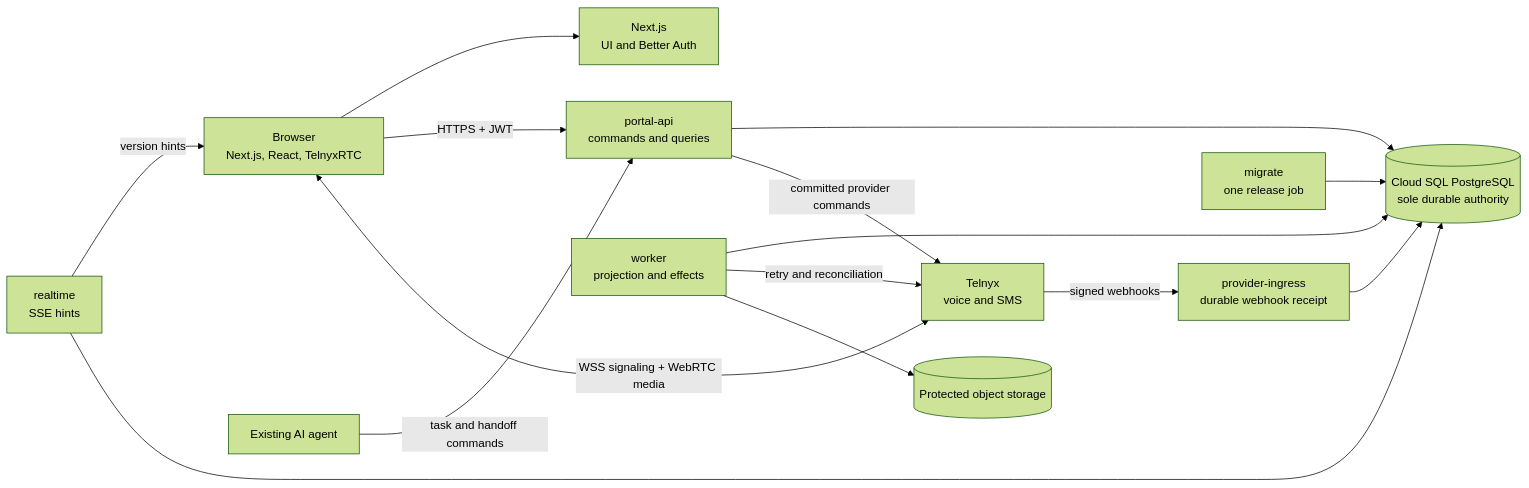
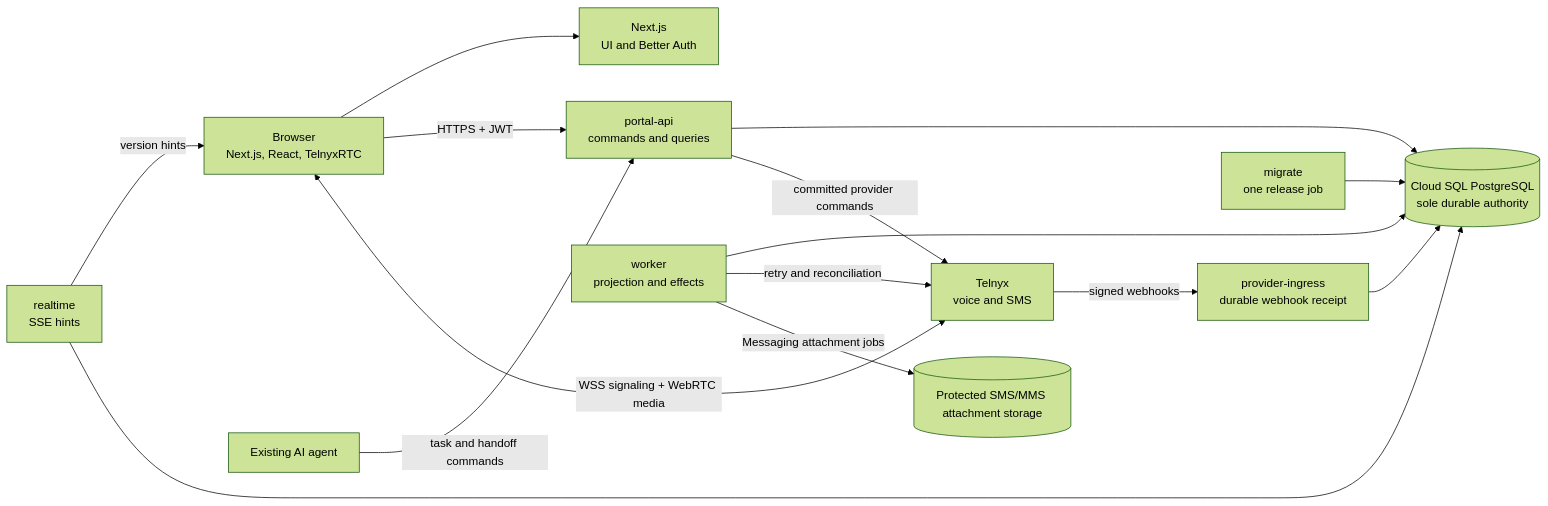
One commit to chasef07/acuity_product changed the first of 8 diagrams in docs/architecture/overview.md. Above: the diagram before and after it, drawn with Mermaid (forest theme). The commit also changed other lines of this file and 42 other files, not shown here.

````diff
--- a/docs/architecture/overview.md
+++ b/docs/architecture/overview.md
@@ -9,29 +9,29 @@
 ```mermaid
 flowchart LR
     Browser["Browser<br/>Next.js, React, TelnyxRTC"]
     Next["Next.js<br/>UI and Better Auth"]
     API["portal-api<br/>commands and queries"]
     Realtime["realtime<br/>SSE hints"]
     Ingress["provider-ingress<br/>durable webhook receipt"]
     Worker["worker<br/>projection and effects"]
     Migrate["migrate<br/>one release job"]
     AI["Existing AI agent"]
     Telnyx["Telnyx<br/>voice and SMS"]
     DB[("Cloud SQL PostgreSQL<br/>sole durable authority")]
-    Objects[("Protected object storage")]
+    Objects[("Protected SMS/MMS attachment storage")]
 
     Browser --> Next
     Browser -->|"HTTPS + JWT"| API
     Realtime -->|"version hints"| Browser
     Browser <-->|"WSS signaling + WebRTC media"| Telnyx
     AI -->|"task and handoff commands"| API
     Telnyx -->|"signed webhooks"| Ingress
     API --> DB
     Ingress --> DB
     Worker --> DB
     Realtime --> DB
     Migrate --> DB
     API -->|"committed provider commands"| Telnyx
     Worker -->|"retry and reconciliation"| Telnyx
-    Worker --> Objects
+    Worker -->|"Messaging attachment jobs"| Objects
 ```
````
